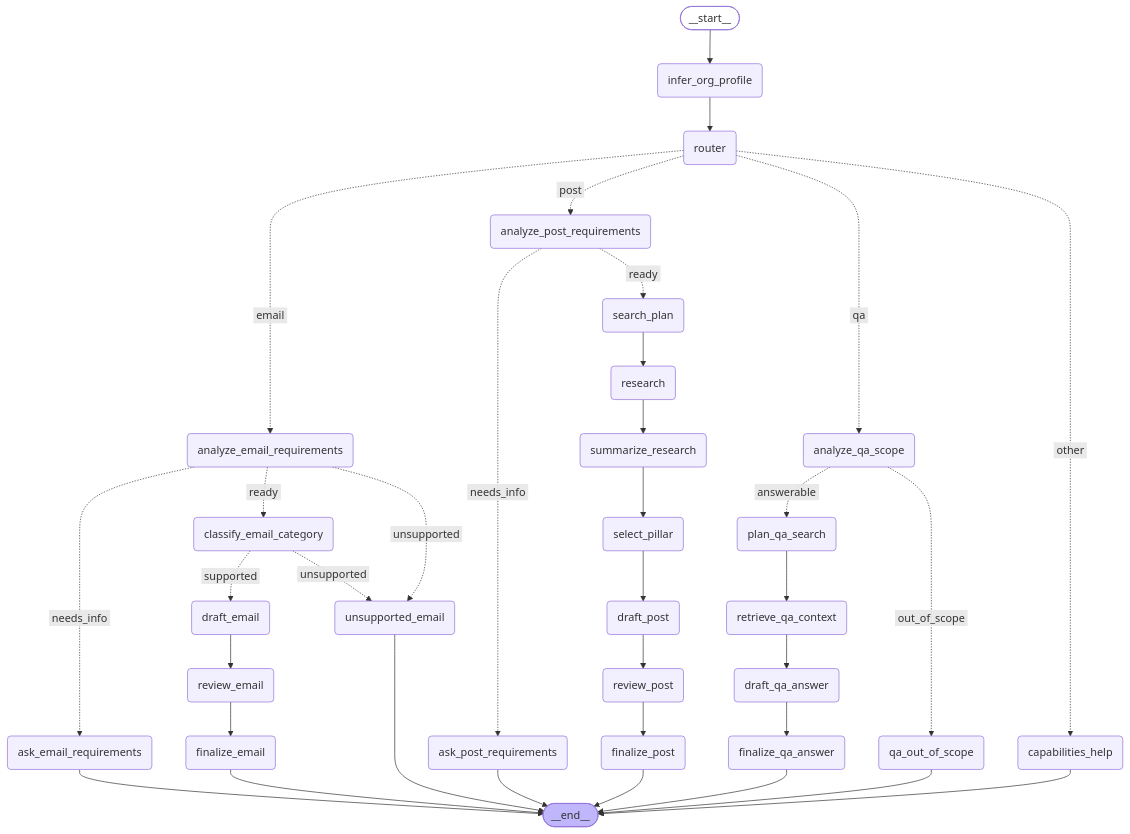
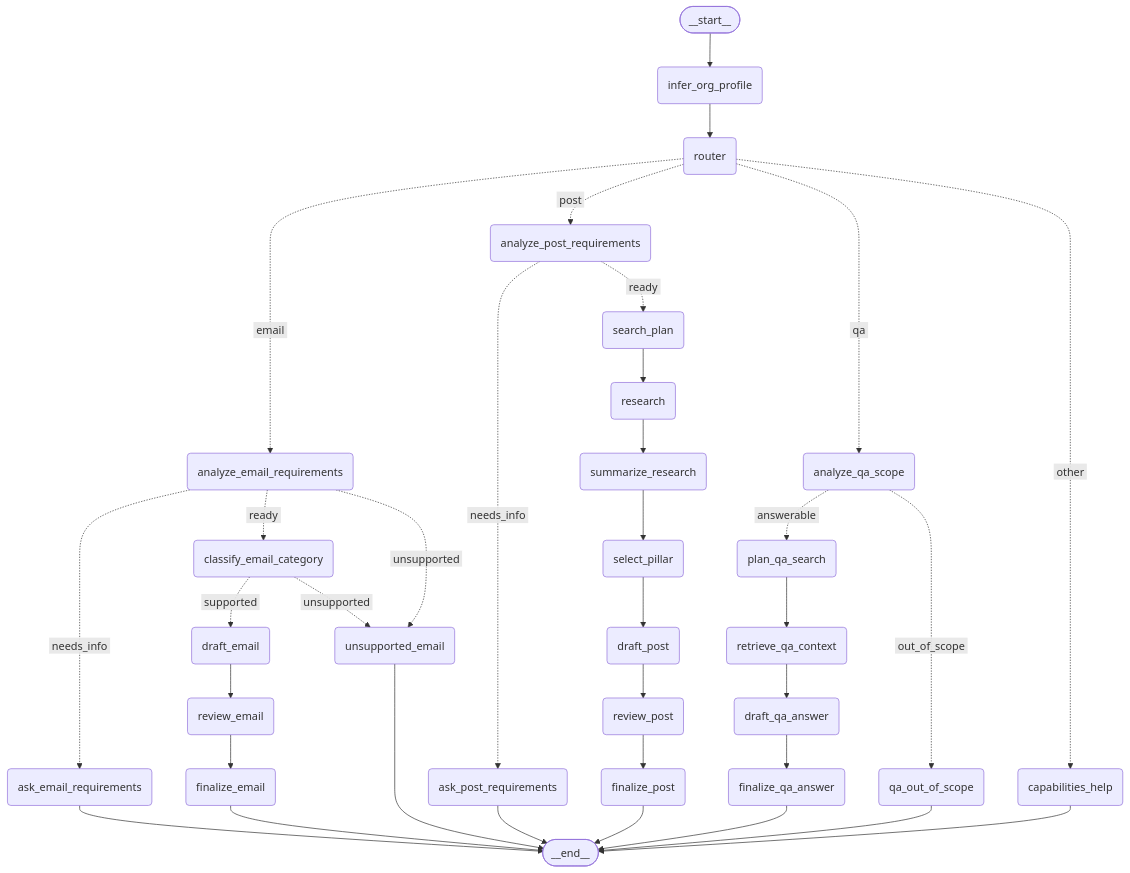
One commit to SavvasMohito/vee-assignment changed the diagram in README.md. Above: the diagram before and after it, drawn with Mermaid.

Commit message:
Clean up class definitions in README

````diff
--- a/README.md
+++ b/README.md
@@ -15,67 +15,64 @@
 ```mermaid
 graph TD;
 	__start__([<p>__start__</p>]):::first
 	infer_org_profile(infer_org_profile)
 	router(router)
 	analyze_post_requirements(analyze_post_requirements)
 	ask_post_requirements(ask_post_requirements)
 	analyze_email_requirements(analyze_email_requirements)
 	ask_email_requirements(ask_email_requirements)
 	capabilities_help(capabilities_help)
 	search_plan(search_plan)
 	research(research)
 	summarize_research(summarize_research)
 	select_pillar(select_pillar)
 	draft_post(draft_post)
 	review_post(review_post)
 	finalize_post(finalize_post)
 	classify_email_category(classify_email_category)
 	unsupported_email(unsupported_email)
 	draft_email(draft_email)
 	review_email(review_email)
 	finalize_email(finalize_email)
 	analyze_qa_scope(analyze_qa_scope)
 	qa_out_of_scope(qa_out_of_scope)
 	plan_qa_search(plan_qa_search)
 	retrieve_qa_context(retrieve_qa_context)
 	draft_qa_answer(draft_qa_answer)
 	finalize_qa_answer(finalize_qa_answer)
 	__end__([<p>__end__</p>]):::last
 	__start__ --> infer_org_profile;
 	analyze_email_requirements -. &nbsp;needs_info&nbsp; .-> ask_email_requirements;
 	analyze_email_requirements -. &nbsp;ready&nbsp; .-> classify_email_category;
 	analyze_email_requirements -. &nbsp;unsupported&nbsp; .-> unsupported_email;
 	analyze_post_requirements -. &nbsp;needs_info&nbsp; .-> ask_post_requirements;
 	analyze_post_requirements -. &nbsp;ready&nbsp; .-> search_plan;
 	analyze_qa_scope -. &nbsp;answerable&nbsp; .-> plan_qa_search;
 	analyze_qa_scope -. &nbsp;out_of_scope&nbsp; .-> qa_out_of_scope;
 	classify_email_category -. &nbsp;supported&nbsp; .-> draft_email;
 	classify_email_category -. &nbsp;unsupported&nbsp; .-> unsupported_email;
 	draft_email --> review_email;
 	draft_post --> review_post;
 	draft_qa_answer --> finalize_qa_answer;
 	infer_org_profile --> router;
 	plan_qa_search --> retrieve_qa_context;
 	research --> summarize_research;
 	retrieve_qa_context --> draft_qa_answer;
 	review_email --> finalize_email;
 	review_post --> finalize_post;
 	router -. &nbsp;email&nbsp; .-> analyze_email_requirements;
 	router -. &nbsp;post&nbsp; .-> analyze_post_requirements;
 	router -. &nbsp;qa&nbsp; .-> analyze_qa_scope;
 	router -. &nbsp;other&nbsp; .-> capabilities_help;
 	search_plan --> research;
 	select_pillar --> draft_post;
 	summarize_research --> select_pillar;
 	ask_email_requirements --> __end__;
 	ask_post_requirements --> __end__;
 	capabilities_help --> __end__;
 	finalize_email --> __end__;
 	finalize_post --> __end__;
 	finalize_qa_answer --> __end__;
 	qa_out_of_scope --> __end__;
 	unsupported_email --> __end__;
-	classDef default fill:#f2f0ff,line-height:1.2
-	classDef first fill-opacity:0
-	classDef last fill:#bfb6fc
 ```
````
